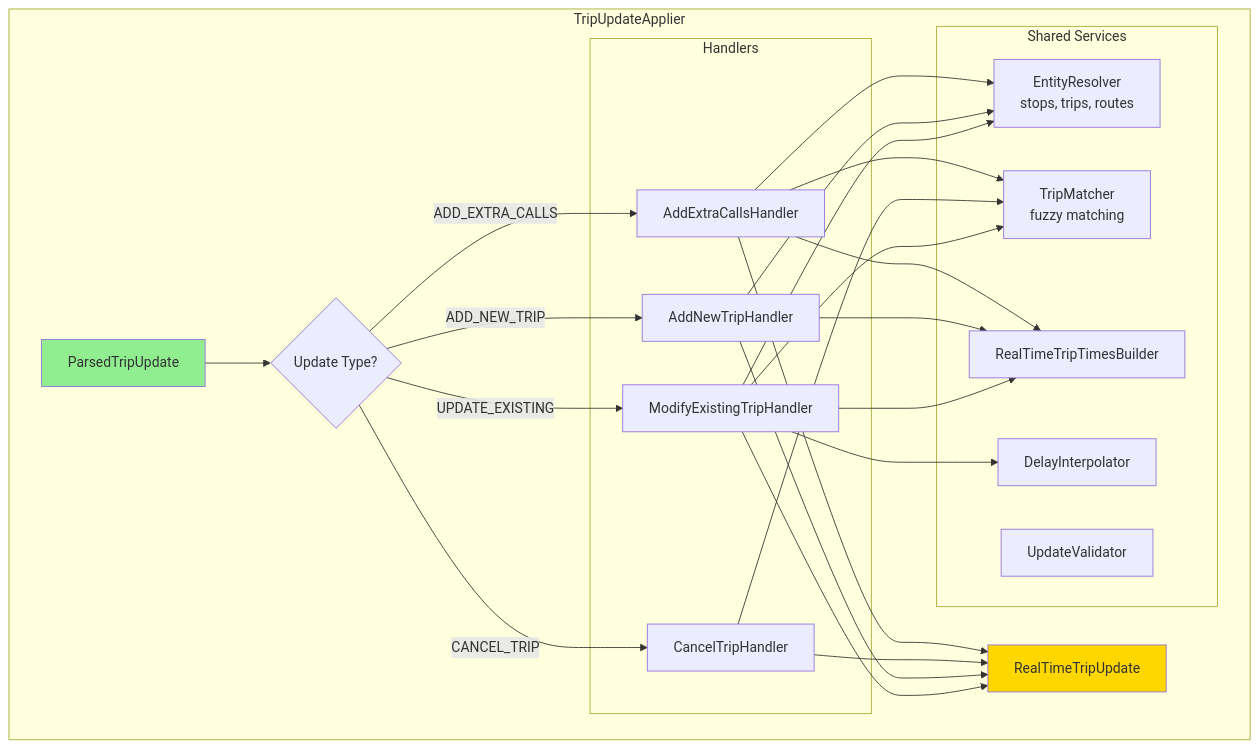
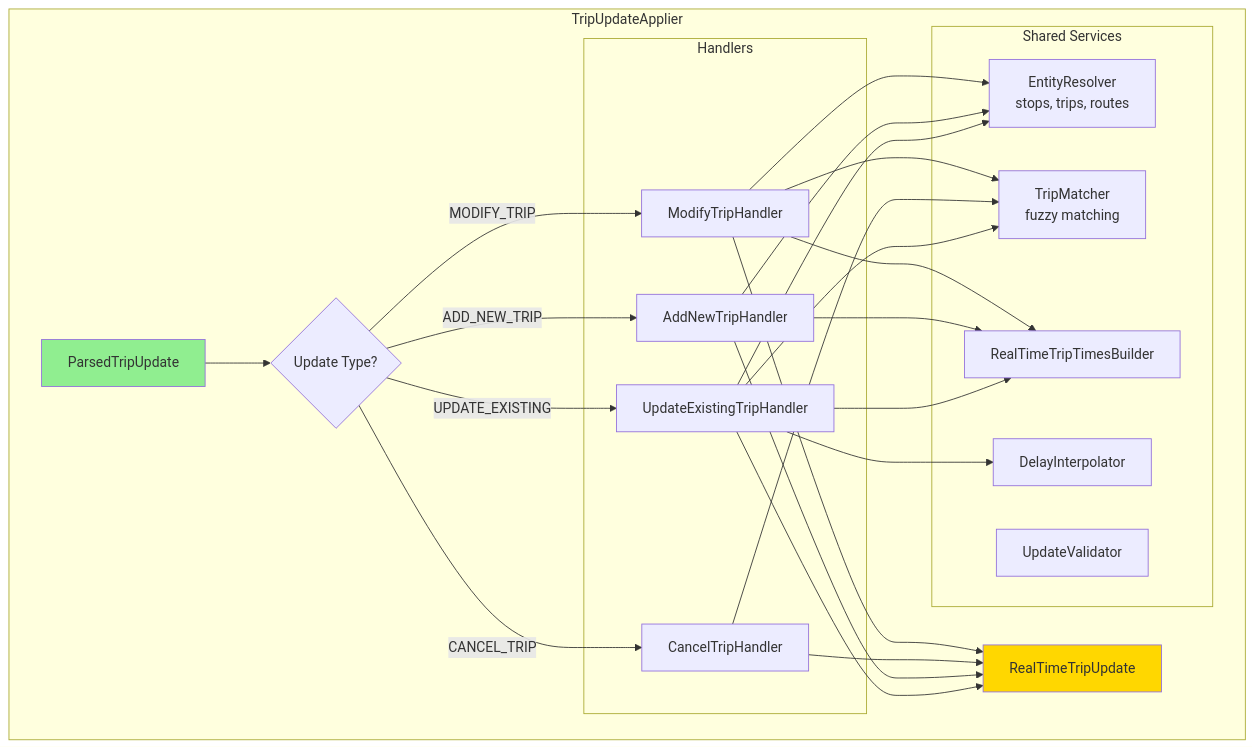
Before and after one commit to entur/OpenTripPlanner: the sixth of 10 diagrams in docs/design/unified-realtime-updaters-with-diagrams.md, drawn with Mermaid. The commit also changed other lines of this file and 8 other files, not shown here.

Commit message:
Merge extra-call with modified trip

````diff
--- a/docs/design/unified-realtime-updaters-with-diagrams.md
+++ b/docs/design/unified-realtime-updaters-with-diagrams.md
@@ -690,52 +688,52 @@
 ```mermaid
 graph TB
     subgraph "TripUpdateApplier"
         Input[ParsedTripUpdate]
         Router{Update Type?}
-        
+
         subgraph "Handlers"
-            ModHandler[ModifyExistingTripHandler]
+            UpdateHandler[UpdateExistingTripHandler]
             AddHandler[AddNewTripHandler]
             CancelHandler[CancelTripHandler]
-            ExtraHandler[AddExtraCallsHandler]
+            ModifyHandler[ModifyTripHandler]
         end
-        
+
         subgraph "Shared Services"
             Resolver[EntityResolver<br/>stops, trips, routes]
             Matcher[TripMatcher<br/>fuzzy matching]
             Builder[RealTimeTripTimesBuilder]
             Interpolator[DelayInterpolator]
             Validator[UpdateValidator]
         end
-        
+
         Output[RealTimeTripUpdate]
     end
-    
+
     Input --> Router
-    Router -->|UPDATE_EXISTING| ModHandler
+    Router -->|UPDATE_EXISTING| UpdateHandler
     Router -->|ADD_NEW_TRIP| AddHandler
     Router -->|CANCEL_TRIP| CancelHandler
-    Router -->|ADD_EXTRA_CALLS| ExtraHandler
-    
-    ModHandler --> Resolver
-    ModHandler --> Matcher
-    ModHandler --> Builder
-    ModHandler --> Interpolator
-    
+    Router -->|MODIFY_TRIP| ModifyHandler
+
+    UpdateHandler --> Resolver
+    UpdateHandler --> Matcher
+    UpdateHandler --> Builder
+    UpdateHandler --> Interpolator
+
     AddHandler --> Resolver
     AddHandler --> Builder
-    
+
     CancelHandler --> Matcher
-    
-    ExtraHandler --> Resolver
-    ExtraHandler --> Matcher
-    ExtraHandler --> Builder
-    
-    ModHandler --> Output
+
+    ModifyHandler --> Resolver
+    ModifyHandler --> Matcher
+    ModifyHandler --> Builder
+
+    UpdateHandler --> Output
     AddHandler --> Output
     CancelHandler --> Output
-    ExtraHandler --> Output
-    
+    ModifyHandler --> Output
+
     style Input fill:#90EE90
     style Output fill:#FFD700
 ```
````
